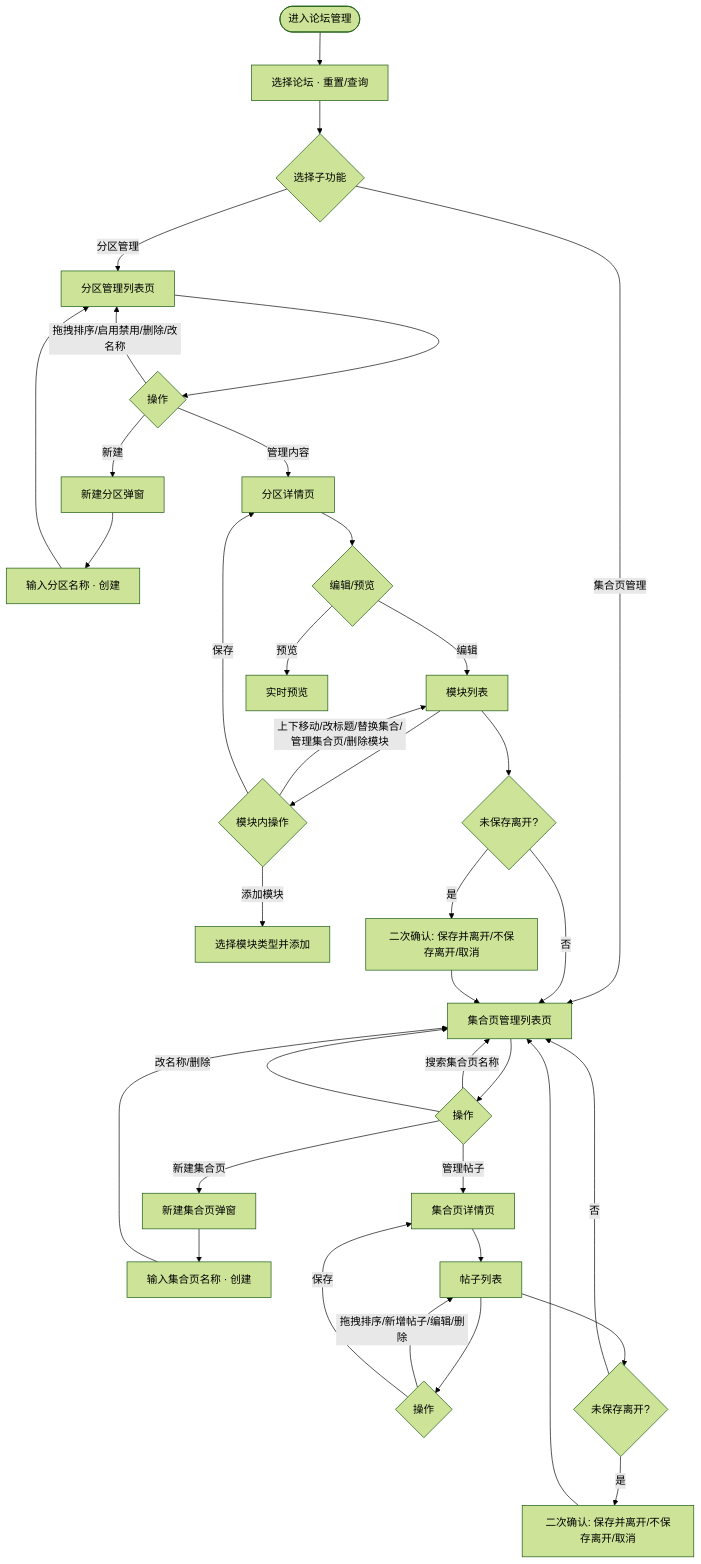
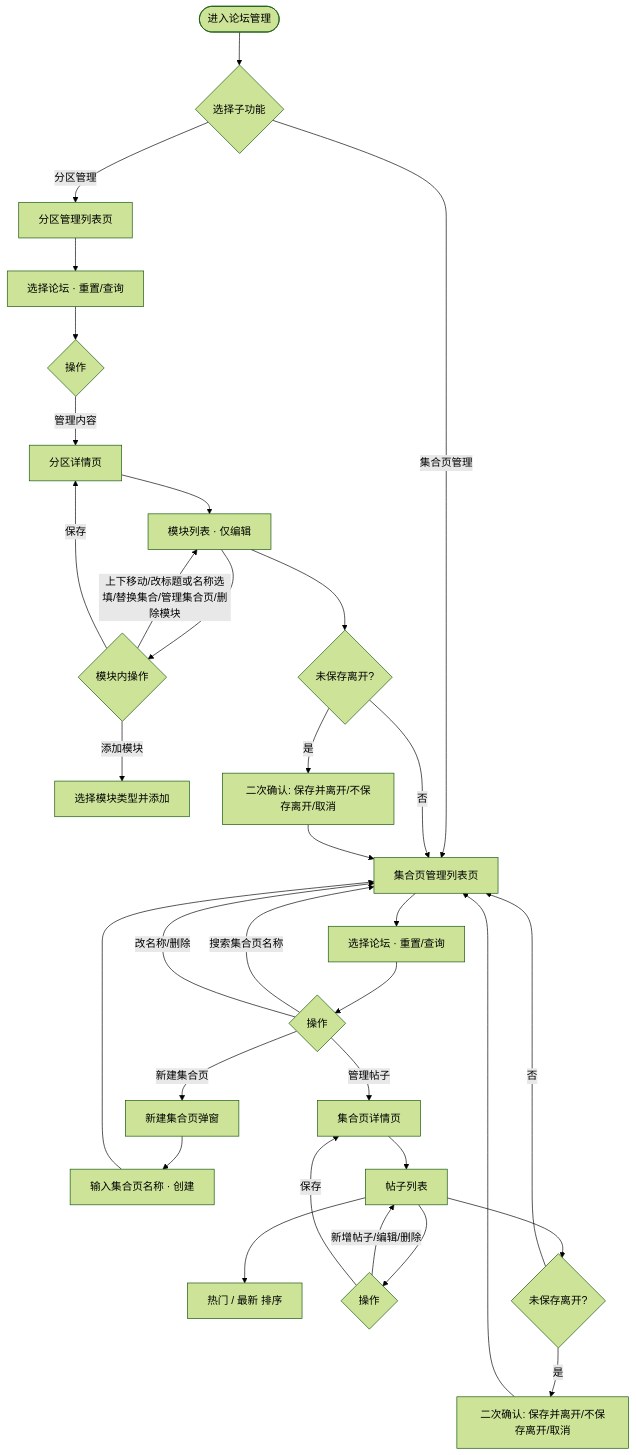
One commit to Chantinoo/joytap-admin changed the diagram in docs/PRD-分区管理与集合页管理.md. Above: the diagram before and after it, drawn with Mermaid (forest theme). The commit also changed other lines of this file and 7 other files, not shown here.

````diff
--- a/docs/PRD-分区管理与集合页管理.md
+++ b/docs/PRD-分区管理与集合页管理.md
@@ -23,45 +21,39 @@
 ```mermaid
 flowchart TD
-    Start([进入论坛管理]) --> Filter[选择论坛 · 重置/查询]
-    Filter --> Branch{选择子功能}
+    Start([进入论坛管理]) --> Branch{选择子功能}
     Branch -->|分区管理| TabList[分区管理列表页]
     Branch -->|集合页管理| ColList[集合页管理列表页]
 
-    TabList --> TabActions{操作}
-    TabActions -->|新建| TabModal[新建分区弹窗]
+    TabList --> TabFilter[选择论坛 · 重置/查询]
+    TabFilter --> TabActions{操作}
     TabActions -->|管理内容| TabDetail[分区详情页]
-    TabActions -->|拖拽排序/启用禁用/删除/改名称| TabList
-
-    TabModal --> TabSubmit[输入分区名称 · 创建]
-    TabSubmit --> TabList
-
-    TabDetail --> TabView{编辑/预览}
-    TabView -->|编辑| ModuleList[模块列表]
-    TabView -->|预览| Preview[实时预览]
+    TabDetail --> ModuleList[模块列表 · 仅编辑]
     ModuleList --> ModuleActions{模块内操作}
     ModuleActions -->|添加模块| AddModModal[选择模块类型并添加]
-    ModuleActions -->|上下移动/改标题/替换集合/管理集合页/删除模块| ModuleList
+    ModuleActions -->|上下移动/改标题或名称选填/替换集合/管理集合页/删除模块| ModuleList
     ModuleActions -->|保存| TabDetail
     ModuleList --> Leave1{未保存离开?}
     Leave1 -->|是| Confirm1[二次确认: 保存并离开/不保存离开/取消]
     Leave1 -->|否| ColList
     Confirm1 --> ColList
 
-    ColList --> ColActions{操作}
+    ColList --> ColFilter[选择论坛 · 重置/查询]
+    ColFilter --> ColActions{操作}
     ColActions -->|搜索集合页名称| ColList
     ColActions -->|新建集合页| ColModal[新建集合页弹窗]
     ColActions -->|管理帖子| ColDetail[集合页详情页]
     ColActions -->|改名称/删除| ColList
 
     ColModal --> ColSubmit[输入集合页名称 · 创建]
     ColSubmit --> ColList
 
     ColDetail --> PostList[帖子列表]
+    PostList --> Sort[热门 / 最新 排序]
     PostList --> PostActions{操作}
-    PostActions -->|拖拽排序/新增帖子/编辑/删除| PostList
+    PostActions -->|新增帖子/编辑/删除| PostList
     PostActions -->|保存| ColDetail
     PostList --> Leave2{未保存离开?}
     Leave2 -->|是| Confirm2[二次确认: 保存并离开/不保存离开/取消]
     Leave2 -->|否| ColList
     Confirm2 --> ColList
 ```
````
